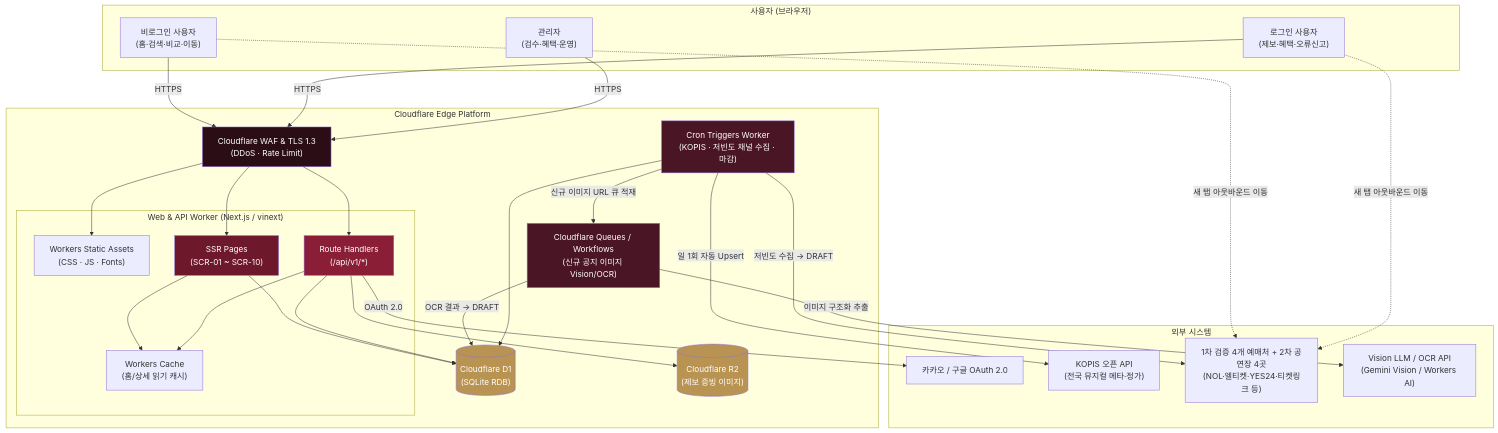
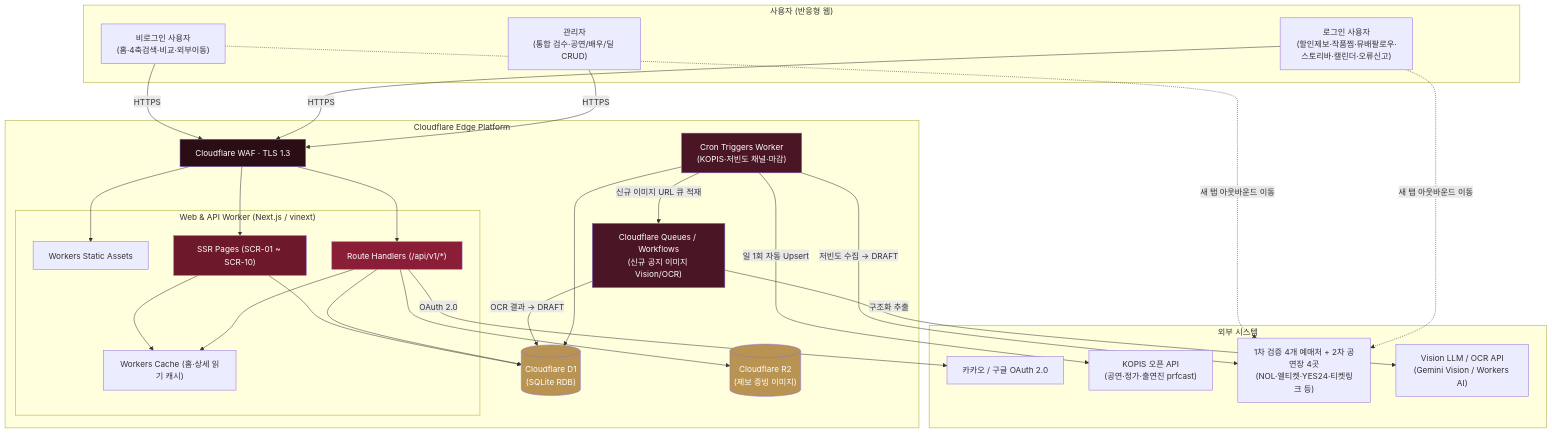
The diagram in waterfall/02-시스템설계/시스템아키텍처설계서-SAD.md (enhn16/MuDeal), drawn with Mermaid before and after one commit. The commit also changed other lines of this file and 11 other files, not shown here.

````diff
--- a/waterfall/02-시스템설계/시스템아키텍처설계서-SAD.md
+++ b/waterfall/02-시스템설계/시스템아키텍처설계서-SAD.md
@@ -64,58 +25,50 @@
 ```mermaid
 flowchart TB
-    subgraph Users["사용자 (브라우저)"]
-        GUEST["비로그인 사용자\n(홈·검색·비교·이동)"]
-        USER["로그인 사용자\n(제보·혜택·오류신고)"]
-        ADMIN["관리자\n(검수·혜택·운영)"]
+    subgraph Users["사용자 (반응형 웹)"]
+        GUEST["비로그인 사용자\n(홈·4축검색·비교·외부이동)"]
+        USER["로그인 사용자\n(할인제보·작품찜·뮤배팔로우·스토리바·캘린더·오류신고)"]
+        ADMIN["관리자\n(통합 검수·공연/배우/딜 CRUD)"]
     end
 
     subgraph CF["Cloudflare Edge Platform"]
-        WAF["Cloudflare WAF & TLS 1.3\n(DDoS · Rate Limit)"]
+        WAF["Cloudflare WAF · TLS 1.3"]
         subgraph AppWorker["Web & API Worker (Next.js / vinext)"]
-            ASSETS["Workers Static Assets\n(CSS · JS · Fonts)"]
-            SSR["SSR Pages\n(SCR-01 ~ SCR-10)"]
-            API["Route Handlers\n(/api/v1/*)"]
-            CACHE["Workers Cache\n(홈/상세 읽기 캐시)"]
+            ASSETS["Workers Static Assets"]
+            SSR["SSR Pages (SCR-01 ~ SCR-10)"]
+            API["Route Handlers (/api/v1/*)"]
+            CACHE["Workers Cache (홈·상세 읽기 캐시)"]
         end
-        CRON["Cron Triggers Worker\n(KOPIS · 저빈도 채널 수집 · 마감)"]
+        CRON["Cron Triggers Worker\n(KOPIS·저빈도 채널·마감)"]
         OCR_PIPE["Cloudflare Queues / Workflows\n(신규 공지 이미지 Vision/OCR)"]
         D1[("Cloudflare D1\n(SQLite RDB)")]
         R2[("Cloudflare R2\n(제보 증빙 이미지)")]
     end
 
     subgraph External["외부 시스템"]
         OAUTH["카카오 / 구글 OAuth 2.0"]
-        KOPIS["KOPIS 오픈 API\n(전국 뮤지컬 메타·정가)"]
+        KOPIS["KOPIS 오픈 API\n(공연·정가·출연진 prfcast)"]
         EXT_SITES["1차 검증 4개 예매처 + 2차 공연장 4곳\n(NOL·엘티켓·YES24·티켓링크 등)"]
         VISION["Vision LLM / OCR API\n(Gemini Vision / Workers AI)"]
     end
 
-    GUEST -->|HTTPS| WAF
-    USER -->|HTTPS| WAF
-    ADMIN -->|HTTPS| WAF
-    WAF --> ASSETS
-    WAF --> SSR
-    WAF --> API
-    SSR --> CACHE
-    API --> CACHE
-    SSR --> D1
-    API --> D1
+    GUEST & USER & ADMIN -->|HTTPS| WAF
+    WAF --> ASSETS & SSR & API
+    SSR & API --> CACHE & D1
     API --> R2
     API -->|OAuth 2.0| OAUTH
     CRON -->|일 1회 자동 Upsert| KOPIS
     CRON -->|저빈도 수집 → DRAFT| EXT_SITES
     CRON -->|신규 이미지 URL 큐 적재| OCR_PIPE
-    OCR_PIPE -->|이미지 구조화 추출| VISION
+    OCR_PIPE -->|구조화 추출| VISION
     OCR_PIPE -->|OCR 결과 → DRAFT| D1
     CRON --> D1
-    GUEST -.->|새 탭 아웃바운드 이동| EXT_SITES
-    USER -.->|새 탭 아웃바운드 이동| EXT_SITES
+    GUEST & USER -.->|새 탭 아웃바운드 이동| EXT_SITES
 
     style WAF fill:#2B0D16,color:#fff
     style SSR fill:#6E182B,color:#fff
     style API fill:#8A1E37,color:#fff
     style CRON fill:#4A1525,color:#fff
     style OCR_PIPE fill:#4A1525,color:#fff
     style D1 fill:#B89352,color:#fff
     style R2 fill:#B89352,color:#fff
 ```
````
